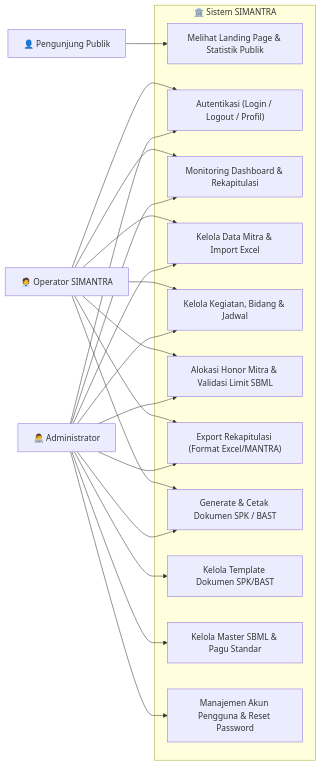
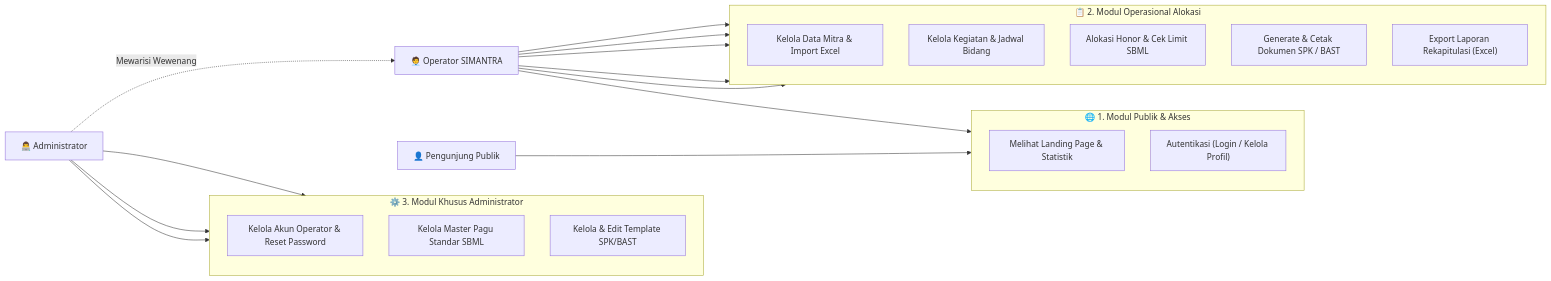
Before and after one commit to supyan1403/SIMANTRA: the first of 8 diagrams in README.md, drawn with Mermaid. The commit also changed other lines of this file, not shown here.

Commit message:
docs: update use case diagram to reflect modular role-based access control and inheritance

````diff
--- a/README.md
+++ b/README.md
@@ -77,45 +77,46 @@
 ```mermaid
 flowchart LR
-    %% Aktor
+    %% Definisi Aktor
     Public["👤 Pengunjung Publik"]
     Operator["🧑‍💼 Operator SIMANTRA"]
     Admin["👨‍💻 Administrator"]
 
-    subgraph SIMANTRA_System [" 🏛️ Sistem SIMANTRA "]
-        UC1["Melihat Landing Page & Statistik Publik"]
-        UC2["Autentikasi (Login / Logout / Profil)"]
-        UC3["Monitoring Dashboard & Rekapitulasi"]
-        UC4["Kelola Data Mitra & Import Excel"]
-        UC5["Kelola Kegiatan, Bidang & Jadwal"]
-        UC6["Alokasi Honor Mitra & Validasi Limit SBML"]
-        UC7["Export Rekapitulasi (Format Excel/MANTRA)"]
-        UC8["Generate & Cetak Dokumen SPK / BAST"]
-        UC9["Kelola Template Dokumen SPK/BAST"]
-        UC10["Kelola Master SBML & Pagu Standar"]
-        UC11["Manajemen Akun Pengguna & Reset Password"]
+    %% Hubungan Inheritance Hak Akses (Admin memiliki semua hak akses Operator)
+    Admin -.->|Mewarisi Wewenang| Operator
+
+    subgraph ModulPublik [" 🌐 1. Modul Publik & Akses "]
+        direction TB
+        UC_Landing["Melihat Landing Page & Statistik"]
+        UC_Auth["Autentikasi (Login / Kelola Profil)"]
     end
 
-    %% Relasi Aktor Publik
-    Public --> UC1
+    subgraph ModulOperasional [" 📋 2. Modul Operasional Alokasi "]
+        direction TB
+        UC_Mitra["Kelola Data Mitra & Import Excel"]
+        UC_Kegiatan["Kelola Kegiatan & Jadwal Bidang"]
+        UC_Monitoring["Alokasi Honor & Cek Limit SBML"]
+        UC_SPK["Generate & Cetak Dokumen SPK / BAST"]
+        UC_Rekap["Export Laporan Rekapitulasi (Excel)"]
+    end
 
-    %% Relasi Aktor Operator
-    Operator --> UC2
-    Operator --> UC3
-    Operator --> UC4
-    Operator --> UC5
-    Operator --> UC6
-    Operator --> UC7
-    Operator --> UC8
+    subgraph ModulAdmin [" ⚙️ 3. Modul Khusus Administrator "]
+        direction TB
+        UC_UserMgmt["Kelola Akun Operator & Reset Password"]
+        UC_SBMLMaster["Kelola Master Pagu Standar SBML"]
+        UC_Template["Kelola & Edit Template SPK/BAST"]
+    end
 
-    %% Relasi Aktor Administrator
-    Admin --> UC2
-    Admin --> UC3
-    Admin --> UC4
-    Admin --> UC5
-    Admin --> UC6
-    Admin --> UC7
-    Admin --> UC8
-    Admin --> UC9
-    Admin --> UC10
-    Admin --> UC11
+    %% Hubungan Garis Rapi per Modul
+    Public --> UC_Landing
+
+    Operator --> UC_Auth
+    Operator --> UC_Mitra
+    Operator --> UC_Kegiatan
+    Operator --> UC_Monitoring
+    Operator --> UC_SPK
+    Operator --> UC_Rekap
+
+    Admin --> UC_UserMgmt
+    Admin --> UC_SBMLMaster
+    Admin --> UC_Template
 ```
````
